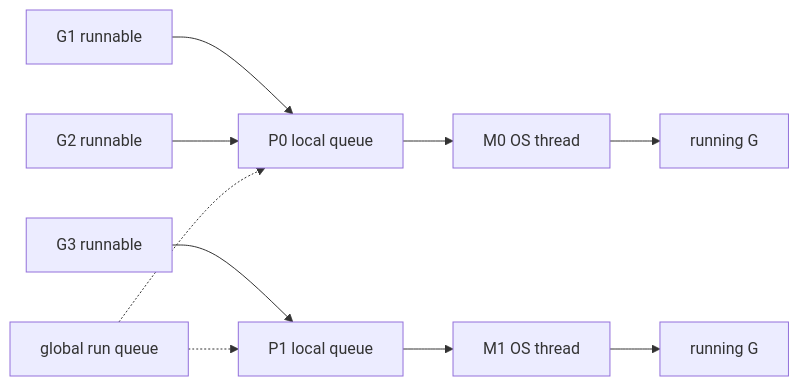
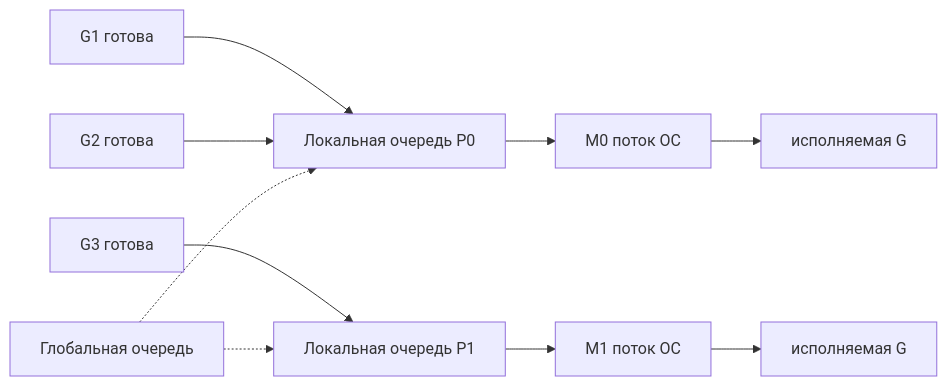
Before and after one commit to fev0ks/LearnGoLang: the diagram in docs/senior-golang-study/01-go-core/runtime-scheduler/01-scheduler-and-preemption.md, drawn with Mermaid. The commit also changed other lines of this file and 4 other files, not shown here.

````diff
--- a/docs/senior-golang-study/01-go-core/runtime-scheduler/01-scheduler-and-preemption.md
+++ b/docs/senior-golang-study/01-go-core/runtime-scheduler/01-scheduler-and-preemption.md
@@ -33,12 +55,12 @@
 ```mermaid
 flowchart LR
-    G1["G1 runnable"] --> Q0["P0 local queue"]
-    G2["G2 runnable"] --> Q0
-    Q0 --> M0["M0 OS thread"] --> R0["running G"]
+    G1["G1 готова"] --> Q0["Локальная очередь P0"]
+    G2["G2 готова"] --> Q0
+    Q0 --> M0["M0 поток ОС"] --> R0["исполняемая G"]
 
-    G3["G3 runnable"] --> Q1["P1 local queue"]
-    Q1 --> M1["M1 OS thread"] --> R1["running G"]
+    G3["G3 готова"] --> Q1["Локальная очередь P1"]
+    Q1 --> M1["M1 поток ОС"] --> R1["исполняемая G"]
 
-    GRQ["global run queue"] -.-> Q0
+    GRQ["Глобальная очередь"] -.-> Q0
     GRQ -.-> Q1
 ```
````
